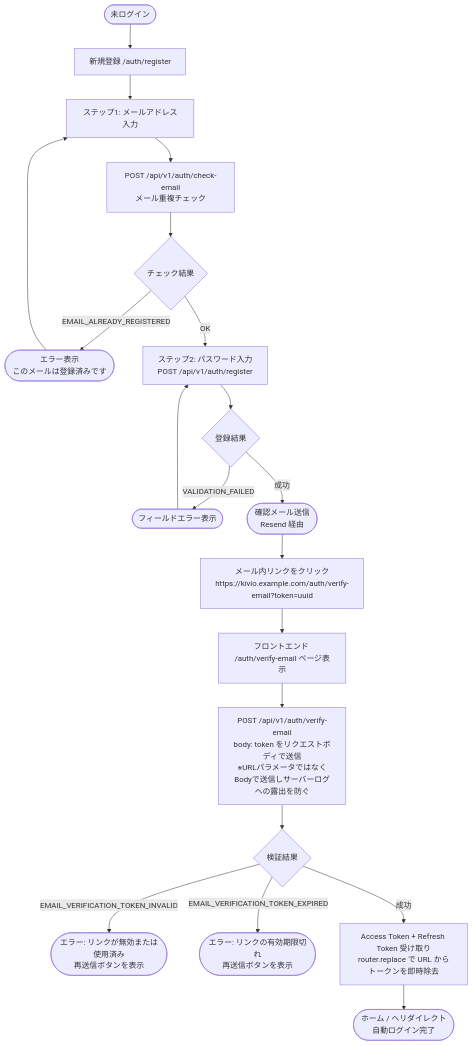
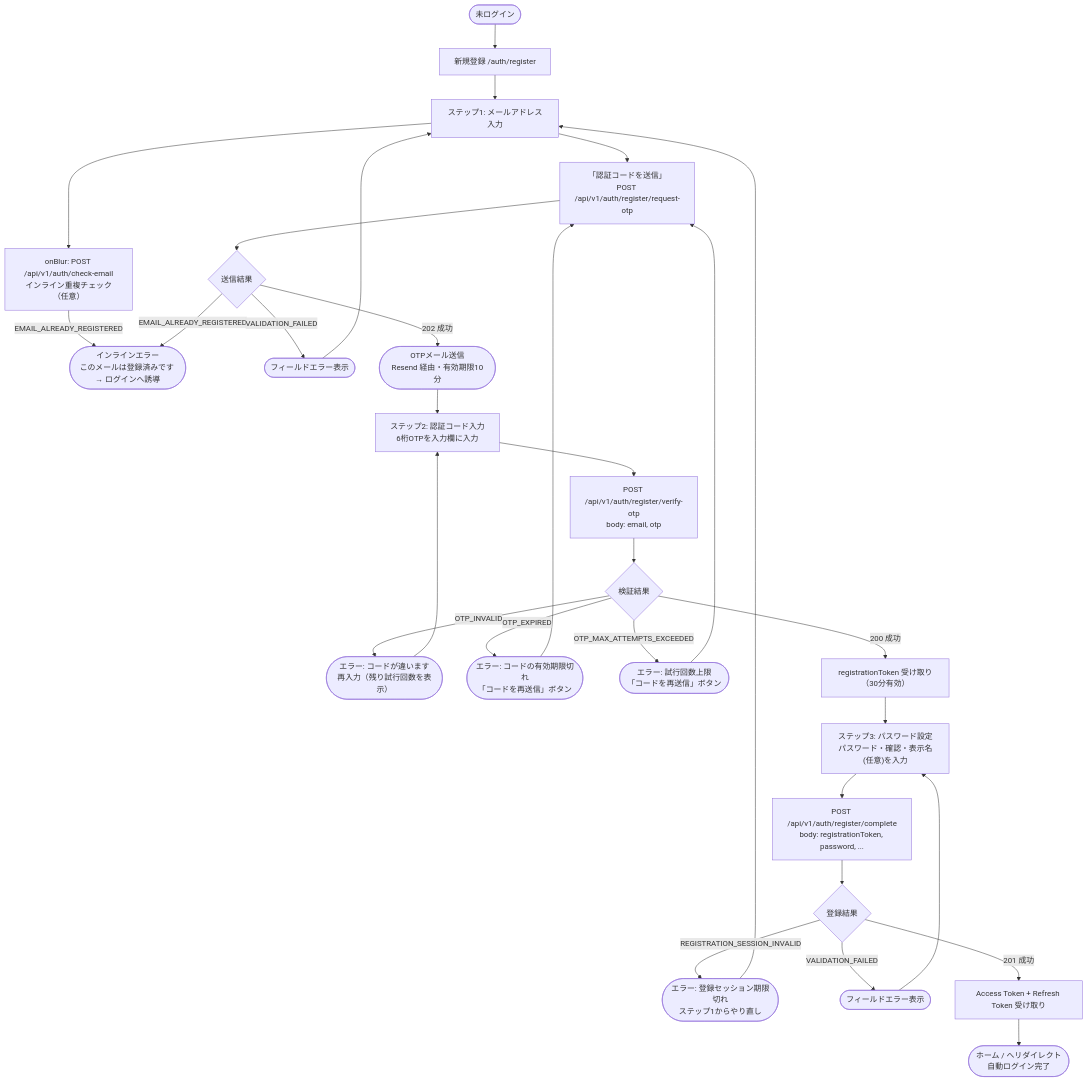
The first of 27 diagrams in docs/design/frontend/USER_FLOW.md (daobn99/kivio-project), drawn with Mermaid before and after one commit. The commit also changed other lines of this file and 19 other files, not shown here.

````diff
--- a/docs/design/frontend/USER_FLOW.md
+++ b/docs/design/frontend/USER_FLOW.md
@@ -14,22 +16,32 @@
 ```mermaid
 flowchart TD
   A([未ログイン]) --> B["新規登録 /auth/register"]
   B --> C["ステップ1: メールアドレス入力"]
-  C --> D["POST /api/v1/auth/check-email\nメール重複チェック"]
-  D --> DA{チェック結果}
-  DA -- EMAIL_ALREADY_REGISTERED --> E(["エラー表示\nこのメールは登録済みです"])
-  E --> C
-  DA -- OK --> F["ステップ2: パスワード入力\nPOST /api/v1/auth/register"]
-  F --> G{登録結果}
+  C --> CB["onBlur: POST /api/v1/auth/check-email\nインライン重複チェック（任意）"]
+  CB -- EMAIL_ALREADY_REGISTERED --> E(["インラインエラー\nこのメールは登録済みです → ログインへ誘導"])
+  C --> F["「認証コードを送信」\nPOST /api/v1/auth/register/request-otp"]
+  F --> G{送信結果}
+  G -- EMAIL_ALREADY_REGISTERED --> E
   G -- VALIDATION_FAILED --> H([フィールドエラー表示])
-  H --> F
-  G -- 成功 --> I(["確認メール送信\nResend 経由"])
-  I --> J["メール内リンクをクリック\nhttps://kivio.example.com/auth/verify-email?token=uuid"]
-  J --> K["フロントエンド /auth/verify-email ページ表示"]
-  K --> L["POST /api/v1/auth/verify-email\nbody: token をリクエストボディで送信\n※URLパラメータではなくBodyで送信しサーバーログへの露出を防ぐ"]
-  L --> M{検証結果}
-  M -- EMAIL_VERIFICATION_TOKEN_INVALID --> N(["エラー: リンクが無効または使用済み\n再送信ボタンを表示"])
-  M -- EMAIL_VERIFICATION_TOKEN_EXPIRED --> O(["エラー: リンクの有効期限切れ\n再送信ボタンを表示"])
-  M -- 成功 --> PA["Access Token + Refresh Token 受け取り\nrouter.replace で URL からトークンを即時除去"]
-  PA --> Q(["ホーム / へリダイレクト\n自動ログイン完了"])
+  H --> C
+  G -- 202 成功 --> I(["OTPメール送信\nResend 経由・有効期限10分"])
+  I --> J["ステップ2: 認証コード入力\n6桁OTPを入力欄に入力"]
+  J --> K["POST /api/v1/auth/register/verify-otp\nbody: email, otp"]
+  K --> L{検証結果}
+  L -- OTP_INVALID --> M(["エラー: コードが違います\n再入力（残り試行回数を表示）"])
+  M --> J
+  L -- OTP_EXPIRED --> N(["エラー: コードの有効期限切れ\n「コードを再送信」ボタン"])
+  N --> F
+  L -- OTP_MAX_ATTEMPTS_EXCEEDED --> O(["エラー: 試行回数上限\n「コードを再送信」ボタン"])
+  O --> F
+  L -- 200 成功 --> P["registrationToken 受け取り（30分有効）"]
+  P --> Q["ステップ3: パスワード設定\nパスワード・確認・表示名(任意)を入力"]
+  Q --> R["POST /api/v1/auth/register/complete\nbody: registrationToken, password, ..."]
+  R --> S{登録結果}
+  S -- REGISTRATION_SESSION_INVALID --> T(["エラー: 登録セッション期限切れ\nステップ1からやり直し"])
+  T --> C
+  S -- VALIDATION_FAILED --> U([フィールドエラー表示])
+  U --> Q
+  S -- 201 成功 --> V["Access Token + Refresh Token 受け取り"]
+  V --> W(["ホーム / へリダイレクト\n自動ログイン完了"])
 ```
````
